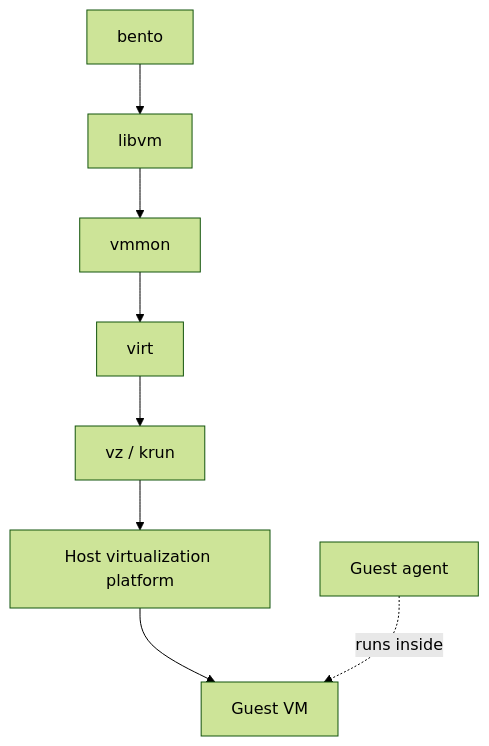
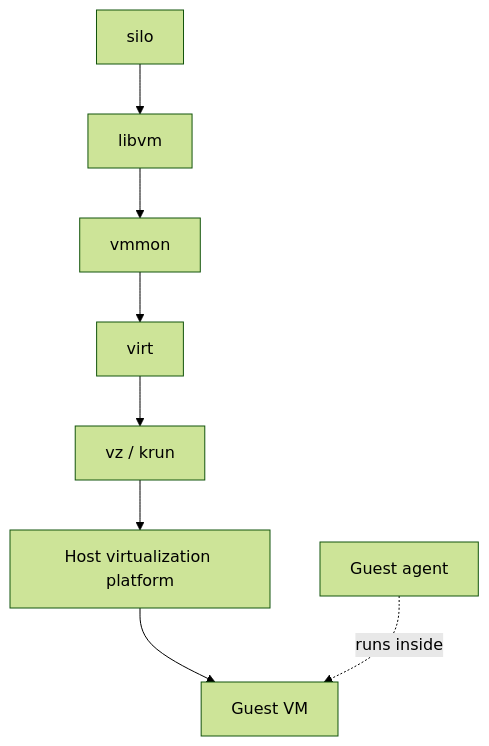
The sixth of 6 diagrams in docs/terminology.md (vandycknick/silo), drawn with Mermaid (forest theme) before and after one commit. The commit also changed other lines of this file and 141 other files, not shown here.

````diff
--- a/docs/terminology.md
+++ b/docs/terminology.md
@@ -242,14 +242,14 @@
 ```mermaid
 flowchart TD
-    CLI[bento]
+    CLI[silo]
     LibVm[libvm]
     Vmmon[vmmon]
     Virt[virt]
     BackendDriver[vz / krun]
     HostPlatform[Host virtualization platform]
     Guest[Guest VM]
     Agent[Guest agent]
 
     CLI --> LibVm --> Vmmon --> Virt --> BackendDriver --> HostPlatform --> Guest
     Agent -. runs inside .-> Guest
 ```
````
